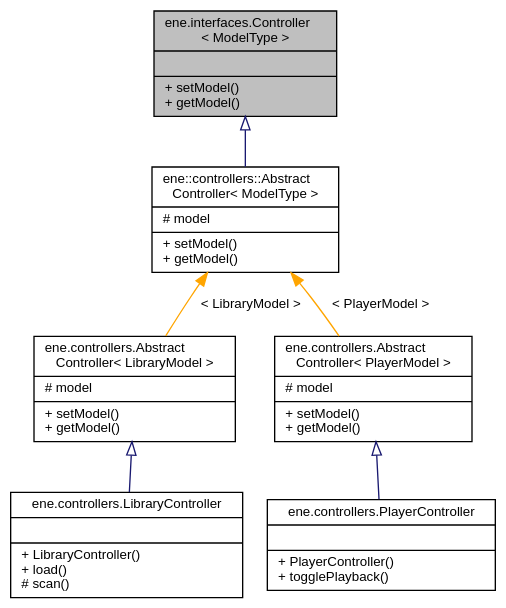
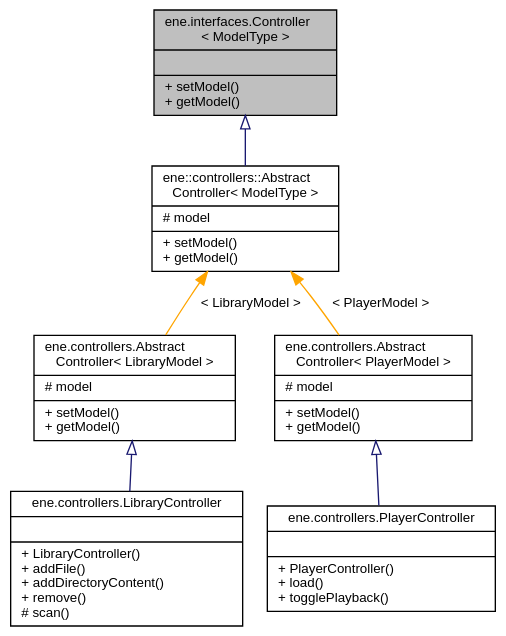
One commit to vivi90/ene changed the diagram in docs/interfaceene_1_1interfaces_1_1Controller__inherit__graph.dot. Above: the diagram before and after it, drawn with Graphviz. The commit also changed 205 other files, not shown here.

```diff
--- a/docs/interfaceene_1_1interfaces_1_1Controller__inherit__graph.dot
+++ b/docs/interfaceene_1_1interfaces_1_1Controller__inherit__graph.dot
@@ -1,17 +1,17 @@
 digraph "ene.interfaces.Controller&lt; ModelType &gt;"
 {
   bgcolor="transparent";
   edge [fontname="Helvetica",fontsize="10",labelfontname="Helvetica",labelfontsize="10"];
   node [fontname="Helvetica",fontsize="10",shape=record];
   Node0 [label="{ene.interfaces.Controller\l\< ModelType \>\n||+ setModel()\l+ getModel()\l}",height=0.2,width=0.4,color="black", fillcolor="grey75", style="filled", fontcolor="black"];
   Node0 -> Node1 [dir="back",color="midnightblue",fontsize="10",style="solid",arrowtail="onormal",fontname="Helvetica"];
   Node1 [label="{ene::controllers::Abstract\lController\< ModelType \>\n|# model\l|+ setModel()\l+ getModel()\l}",height=0.2,width=0.4,color="black",URL="$classene_1_1controllers_1_1AbstractController.html"];
   Node1 -> Node2 [dir="back",color="orange",fontsize="10",style="solid",label=" \< LibraryModel \>" ,fontname="Helvetica"];
   Node2 [label="{ene.controllers.Abstract\lController\< LibraryModel \>\n|# model\l|+ setModel()\l+ getModel()\l}",height=0.2,width=0.4,color="black",URL="$classene_1_1controllers_1_1AbstractController.html"];
   Node2 -> Node3 [dir="back",color="midnightblue",fontsize="10",style="solid",arrowtail="onormal",fontname="Helvetica"];
-  Node3 [label="{ene.controllers.LibraryController\n||+ LibraryController()\l+ load()\l# scan()\l}",height=0.2,width=0.4,color="black",URL="$classene_1_1controllers_1_1LibraryController.html"];
+  Node3 [label="{ene.controllers.LibraryController\n||+ LibraryController()\l+ addFile()\l+ addDirectoryContent()\l+ remove()\l# scan()\l}",height=0.2,width=0.4,color="black",URL="$classene_1_1controllers_1_1LibraryController.html"];
   Node1 -> Node4 [dir="back",color="orange",fontsize="10",style="solid",label=" \< PlayerModel \>" ,fontname="Helvetica"];
   Node4 [label="{ene.controllers.Abstract\lController\< PlayerModel \>\n|# model\l|+ setModel()\l+ getModel()\l}",height=0.2,width=0.4,color="black",URL="$classene_1_1controllers_1_1AbstractController.html"];
   Node4 -> Node5 [dir="back",color="midnightblue",fontsize="10",style="solid",arrowtail="onormal",fontname="Helvetica"];
-  Node5 [label="{ene.controllers.PlayerController\n||+ PlayerController()\l+ togglePlayback()\l}",height=0.2,width=0.4,color="black",URL="$classene_1_1controllers_1_1PlayerController.html"];
+  Node5 [label="{ene.controllers.PlayerController\n||+ PlayerController()\l+ load()\l+ togglePlayback()\l}",height=0.2,width=0.4,color="black",URL="$classene_1_1controllers_1_1PlayerController.html"];
 }
```
